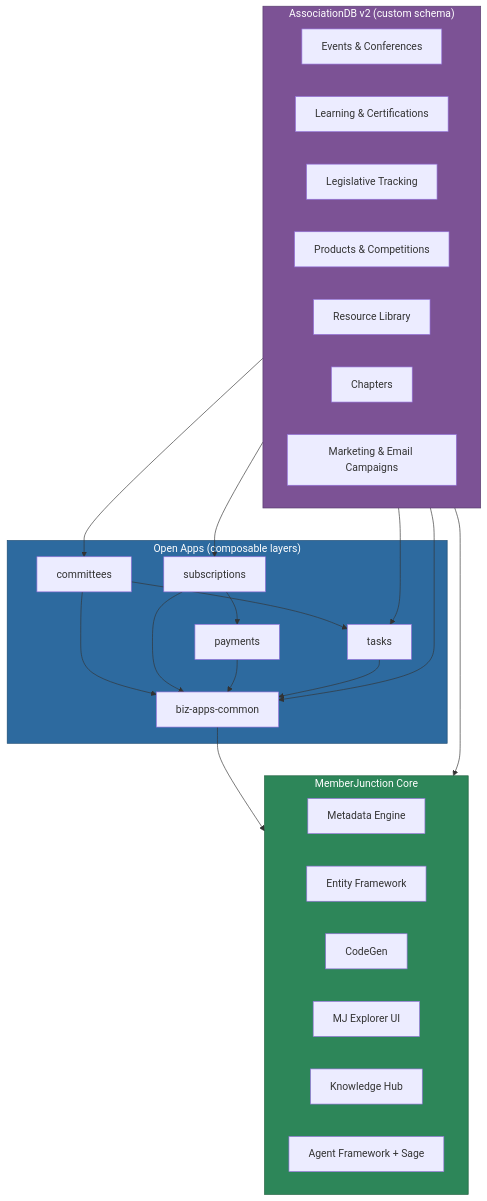
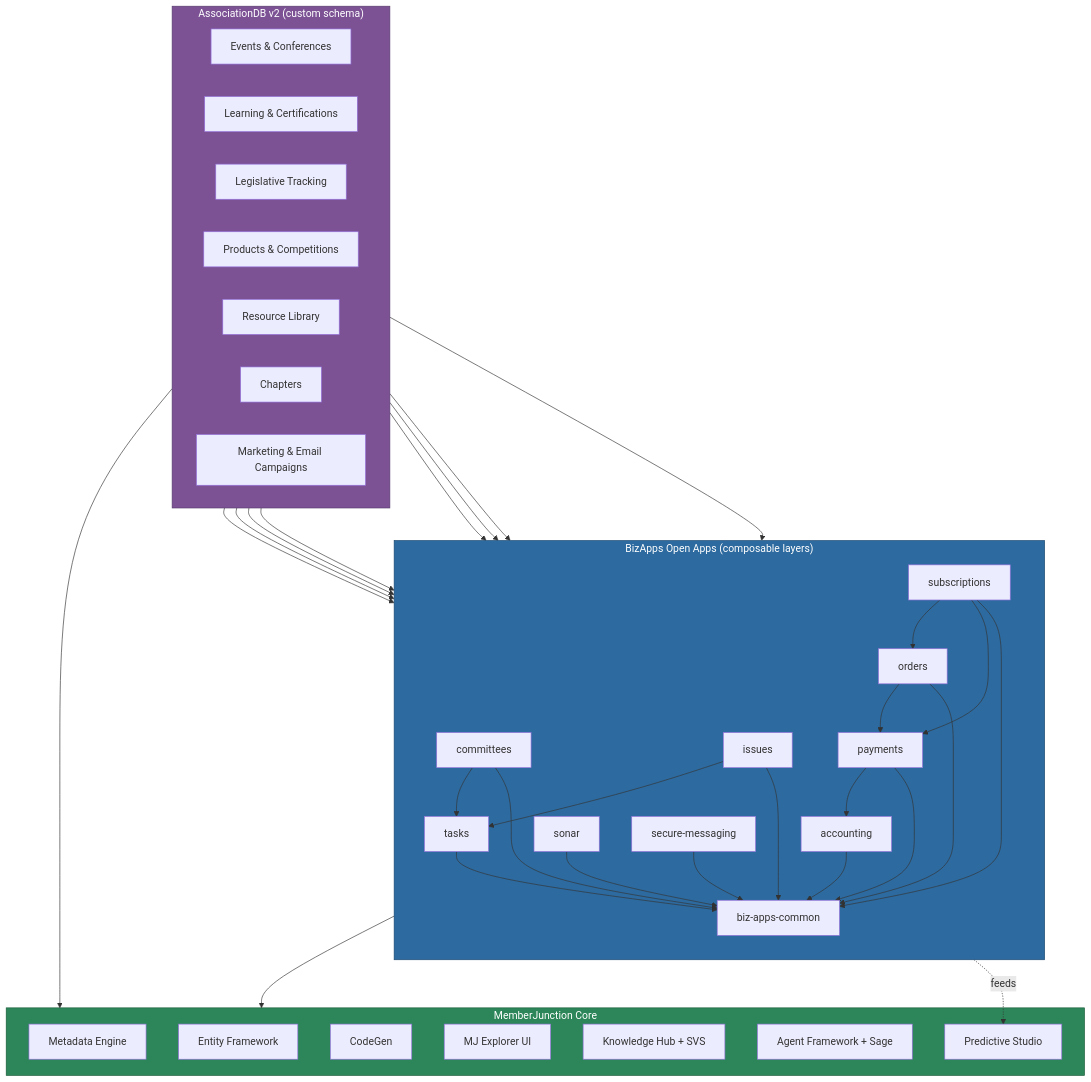
Before and after one commit to MemberJunction/MJ: the second of 8 diagrams in plans/association-db/v2-plan.md, drawn with Mermaid. The commit also changed other lines of this file, not shown here.

````diff
--- a/plans/association-db/v2-plan.md
+++ b/plans/association-db/v2-plan.md
@@ -143,46 +149,67 @@
 ```mermaid
 flowchart TB
     subgraph Custom["AssociationDB v2 (custom schema)"]
         Events[Events & Conferences]
         Learning[Learning & Certifications]
         Legislative[Legislative Tracking]
         Products[Products & Competitions]
         Resources[Resource Library]
         Chapters[Chapters]
         Marketing[Marketing & Email Campaigns]
     end
 
-    subgraph OpenApps["Open Apps (composable layers)"]
-        Committees[committees]
+    subgraph BizApps["BizApps Open Apps (composable layers)"]
+        direction TB
+        Accounting[accounting]
         Subscriptions[subscriptions]
         Payments[payments]
+        Orders[orders]
+        Committees[committees]
+        Issues[issues]
+        Sonar[sonar]
+        Messaging[secure-messaging]
         Tasks[tasks]
         BAC[biz-apps-common]
     end
 
     subgraph MJCore["MemberJunction Core"]
         Metadata[Metadata Engine]
         Entities[Entity Framework]
         CodeGen[CodeGen]
         Explorer[MJ Explorer UI]
-        KnowledgeHub[Knowledge Hub]
+        KnowledgeHub[Knowledge Hub + SVS]
         Agents[Agent Framework + Sage]
+        PredStudio[Predictive Studio]
     end
 
     Custom --> Committees
     Custom --> Subscriptions
+    Custom --> Orders
+    Custom --> Issues
+    Custom --> Sonar
+    Custom --> Messaging
     Custom --> Tasks
     Custom --> BAC
     Committees --> Tasks
     Committees --> BAC
+    Issues --> Tasks
+    Issues --> BAC
+    Subscriptions --> Orders
     Subscriptions --> Payments
     Subscriptions --> BAC
+    Orders --> Payments
+    Orders --> BAC
+    Payments --> Accounting
     Payments --> BAC
+    Accounting --> BAC
     Tasks --> BAC
+    Sonar --> BAC
+    Messaging --> BAC
     BAC --> MJCore
     Custom --> MJCore
+    Sonar -.feeds.-> PredStudio
 
     style Custom fill:#7c5295,stroke:#563a6b,color:#fff
-    style OpenApps fill:#2d6a9f,stroke:#1a4971,color:#fff
+    style BizApps fill:#2d6a9f,stroke:#1a4971,color:#fff
     style MJCore fill:#2d8659,stroke:#1a5c3a,color:#fff
 ```
````
